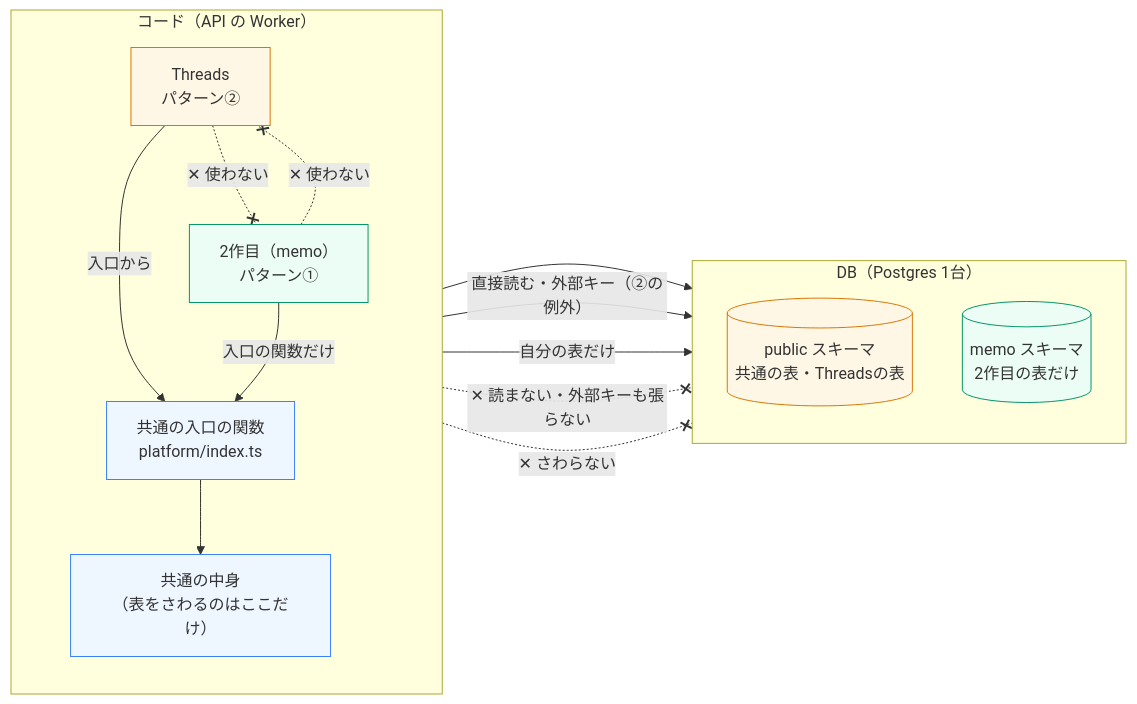
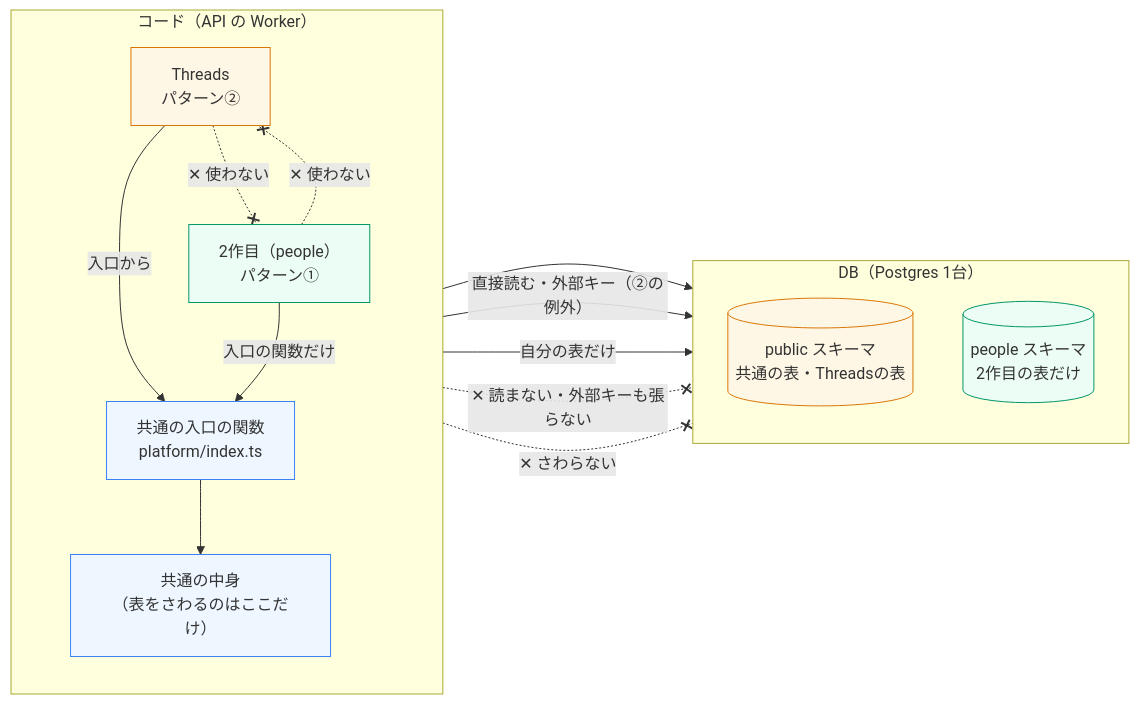
The first of 5 diagrams in docs/app-separation.md (takumi-okuya-dev/meguru-app), drawn with Mermaid before and after one commit. The commit also changed other lines of this file and 19 other files, not shown here.

````diff
--- a/docs/app-separation.md
+++ b/docs/app-separation.md
@@ -36,34 +36,34 @@
 ```mermaid
 flowchart LR
   subgraph code["コード（API の Worker）"]
     direction TB
     th["Threads<br/>パターン②"]
-    mm["2作目（memo）<br/>パターン①"]
+    mm["2作目（people）<br/>パターン①"]
     pfe["共通の入口の関数<br/>platform/index.ts"]
     pfi["共通の中身<br/>（表をさわるのはここだけ）"]
   end
   subgraph db["DB（Postgres 1台）"]
     direction TB
     pub[("public スキーマ<br/>共通の表・Threadsの表")]
-    ms[("memo スキーマ<br/>2作目の表だけ")]
+    ms[("people スキーマ<br/>2作目の表だけ")]
   end
 
   th -- "入口から" --> pfe
   mm -- "入口の関数だけ" --> pfe
   pfe --> pfi
   pfi --> pub
   th -- "直接読む・外部キー（②の例外）" --> pub
   mm -- "自分の表だけ" --> ms
 
   mm -. "✕ 読まない・外部キーも張らない" .-x pub
   mm -. "✕ 使わない" .-x th
   th -. "✕ 使わない" .-x mm
   th -. "✕ さわらない" .-x ms
 
   classDef p2 fill:#fff7e6,stroke:#d97706
   classDef p1 fill:#ecfdf5,stroke:#059669
   classDef common fill:#eef6ff,stroke:#3b82f6
   class th,pub p2
   class mm,ms p1
   class pfe,pfi common
 ```
````
